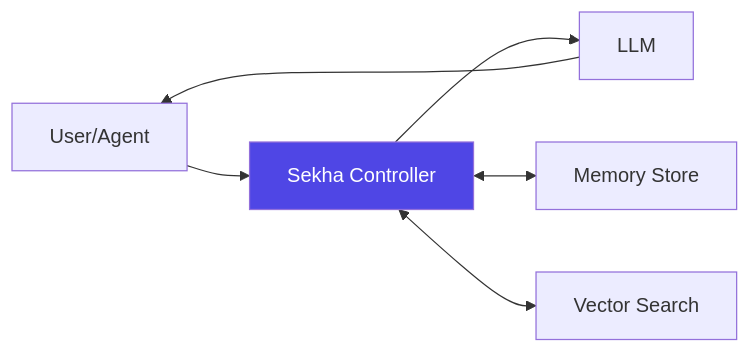
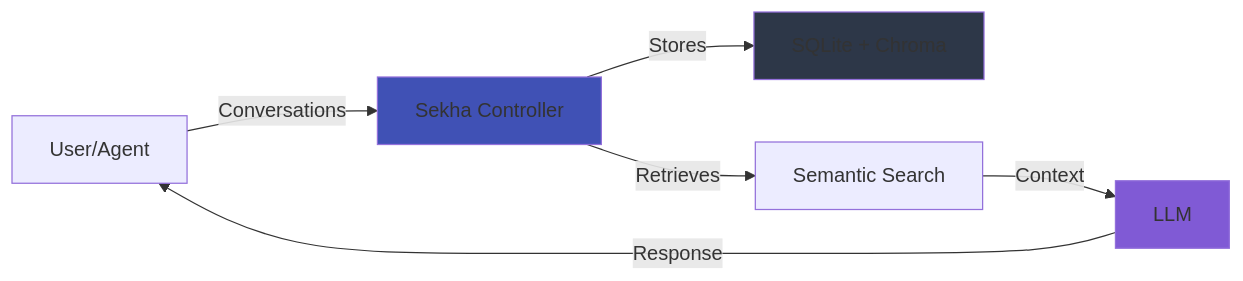
The diagram in docs/index.md (sekha-ai/sekha-website), drawn with Mermaid before and after one commit. The commit also changed other lines of this file and 2 other files, not shown here.

````diff
--- a/docs/index.md
+++ b/docs/index.md
@@ -55,9 +69,12 @@
 ```mermaid
 graph LR
-    A[User/Agent] --> B[Sekha Controller]
-    B --> C[LLM]
-    B <--> D[Memory Store]
-    B <--> E[Vector Search]
-    C --> A
-    style B fill:#4f46e5,color:#fff
+    A[User/Agent] -->|Conversations| B[Sekha Controller]
+    B -->|Stores| C[SQLite + Chroma]
+    B -->|Retrieves| D[Semantic Search]
+    D -->|Context| E[LLM]
+    E -->|Response| A
+    
+    style B fill:#4051b5
+    style C fill:#2d3748
+    style E fill:#805ad5
 ```
````
